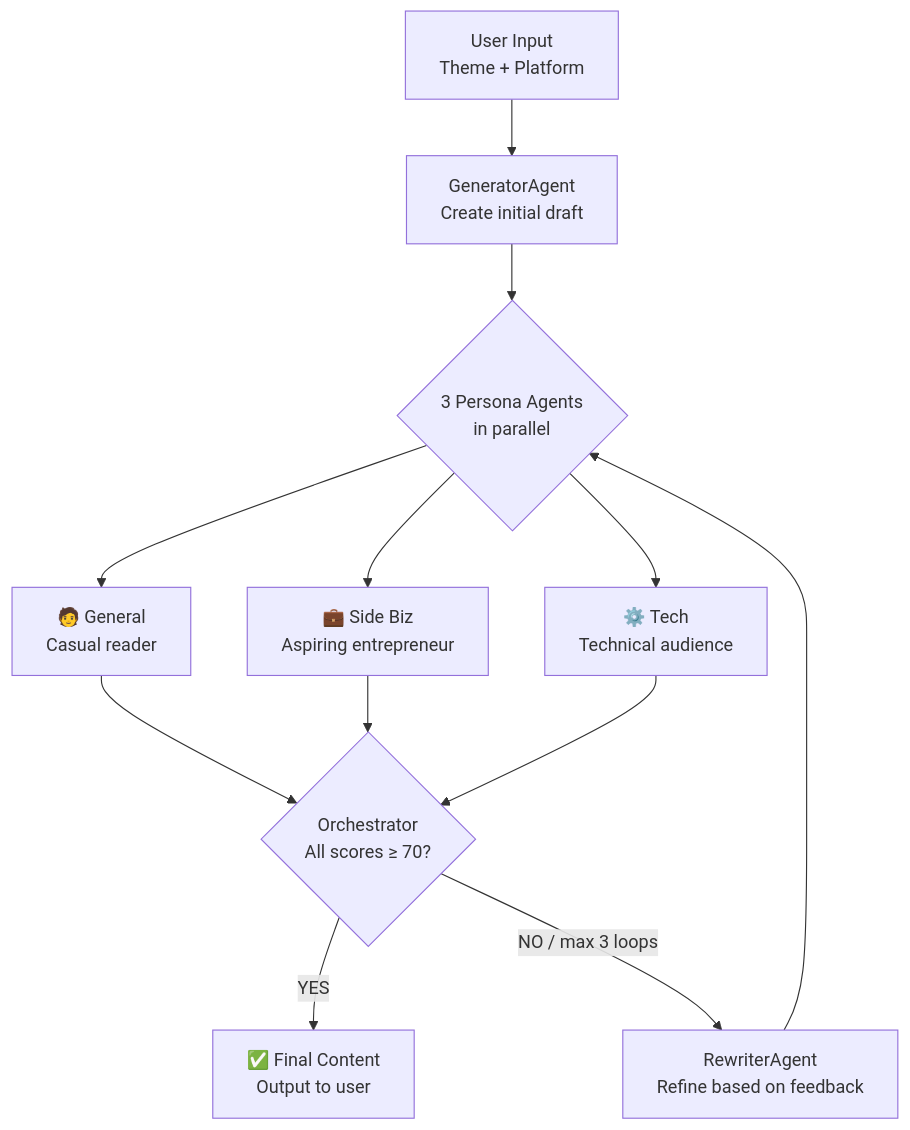
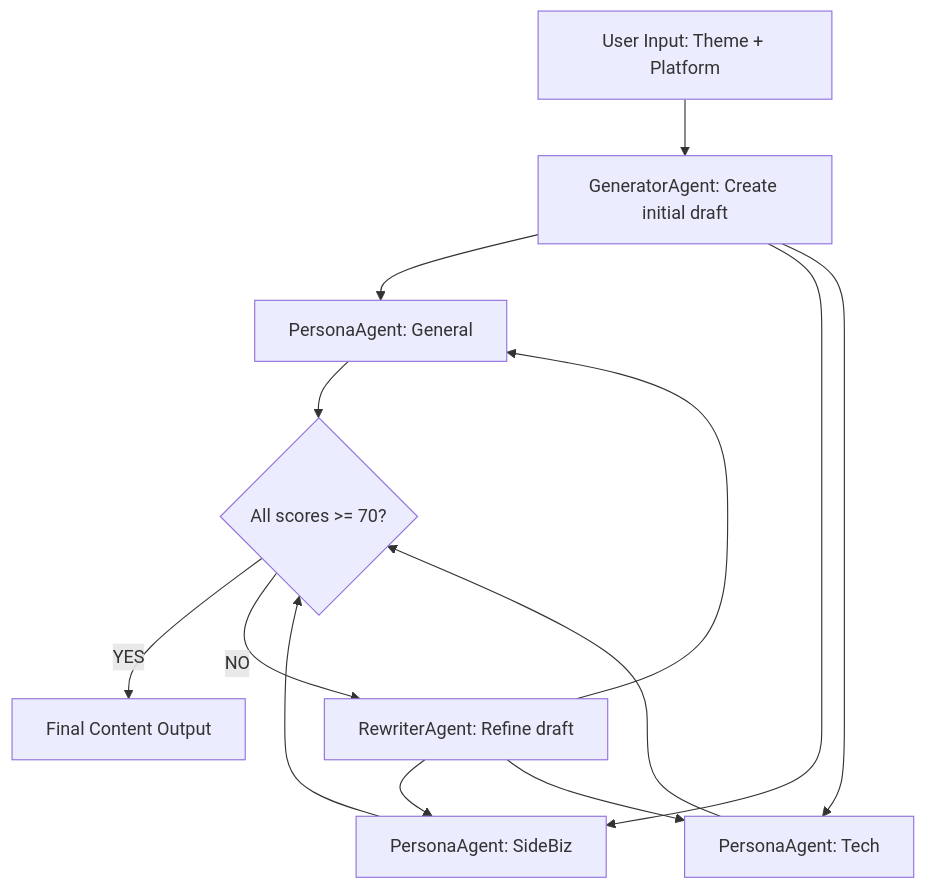
The diagram in README.md (hiiirano/multi-persona-pdca-agent), drawn with Mermaid before and after one commit.

Commit message:
fix: simplify mermaid diagram syntax

````diff
--- a/README.md
+++ b/README.md
@@ -21,14 +21,15 @@
 ```mermaid
 flowchart TD
-    A[User Input\nTheme + Platform] --> B[GeneratorAgent\nCreate initial draft]
-    B --> C{3 Persona Agents\nin parallel}
-    C --> D[🧑 General\nCasual reader]
-    C --> E[💼 Side Biz\nAspiring entrepreneur]
-    C --> F[⚙️ Tech\nTechnical audience]
-    D --> G{Orchestrator\nAll scores ≥ 70?}
+    A["User Input: Theme + Platform"] --> B["GeneratorAgent: Create initial draft"]
+    B --> D["PersonaAgent: General"]
+    B --> E["PersonaAgent: SideBiz"]
+    B --> F["PersonaAgent: Tech"]
+    D --> G{"All scores >= 70?"}
     E --> G
     F --> G
-    G -- YES --> H[✅ Final Content\nOutput to user]
-    G -- NO / max 3 loops --> I[RewriterAgent\nRefine based on feedback]
-    I --> C
+    G -- YES --> H["Final Content Output"]
+    G -- NO --> I["RewriterAgent: Refine draft"]
+    I --> D
+    I --> E
+    I --> F
 ```
````
